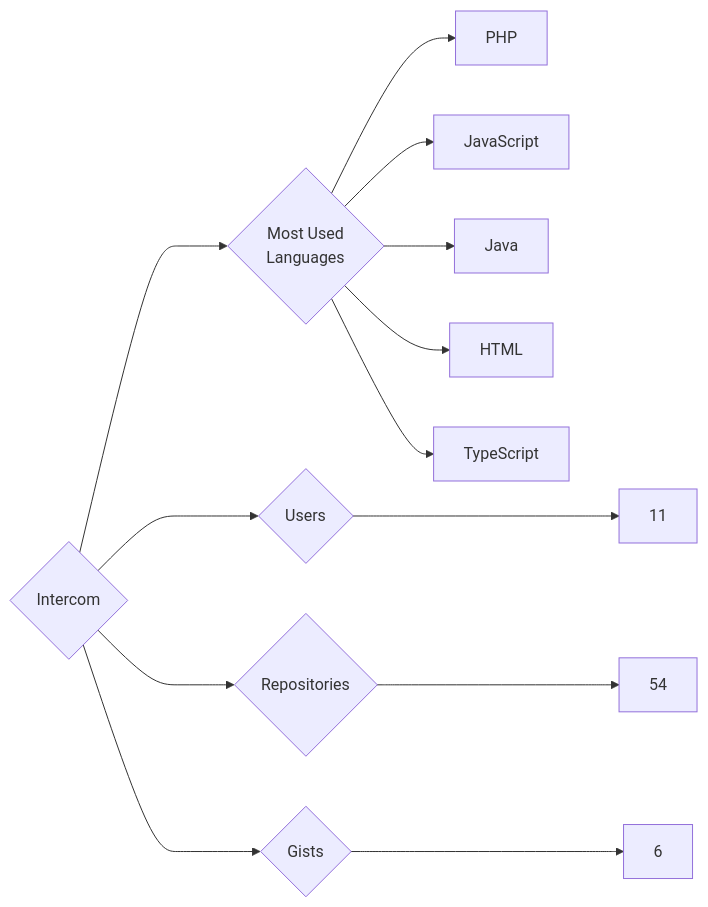
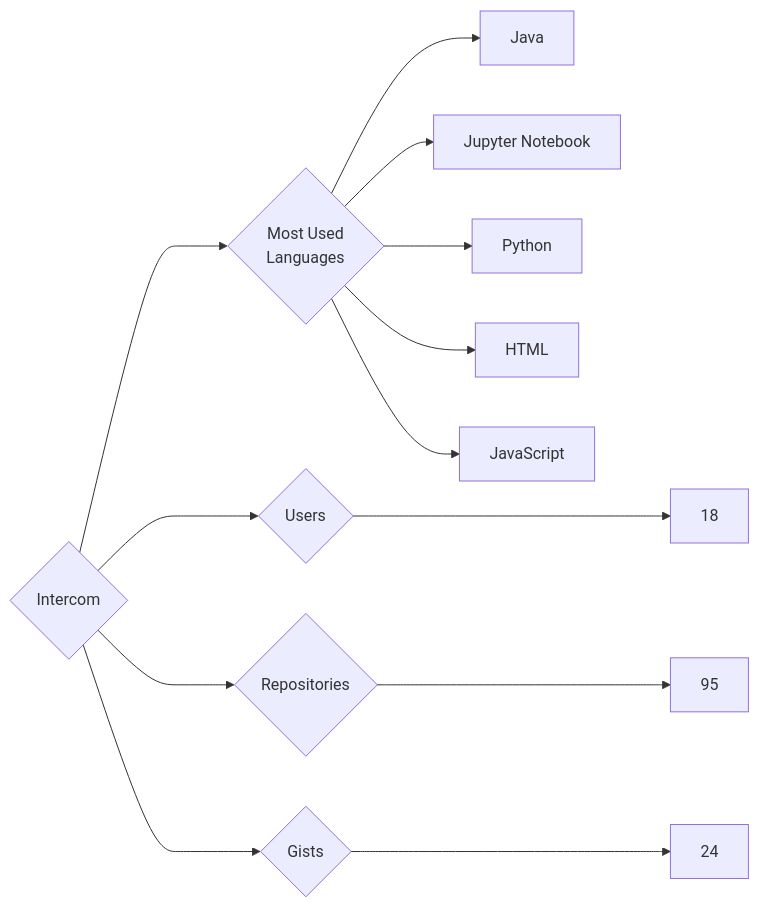
Before and after one commit to trickest/insiders: the diagram in targets/Intercom/README.md, drawn with Mermaid. The commit also changed 618 other files, not shown here.

````diff
--- a/targets/Intercom/README.md
+++ b/targets/Intercom/README.md
@@ -3,13 +3,13 @@
 ```mermaid
 graph LR
 COMPANY_NAME{Intercom}
-COMPANY_NAME ---> U{Users} ---> UN[11]
-COMPANY_NAME ---> R{Repositories} ---> RN[54]
-COMPANY_NAME ---> G{Gists} ---> GN[6]
+COMPANY_NAME ---> U{Users} ---> UN[18]
+COMPANY_NAME ---> R{Repositories} ---> RN[95]
+COMPANY_NAME ---> G{Gists} ---> GN[24]
 COMPANY_NAME ---> ML{Most Used<br>Languages}
-ML --> PHP[PHP]
+ML --> Java[Java]
+ML --> Jupyter_Notebook[Jupyter Notebook]
+ML --> Python[Python]
+ML --> HTML[HTML]
 ML --> JavaScript[JavaScript]
-ML --> Java[Java]
-ML --> HTML[HTML]
-ML --> TypeScript[TypeScript]
 ```
````
